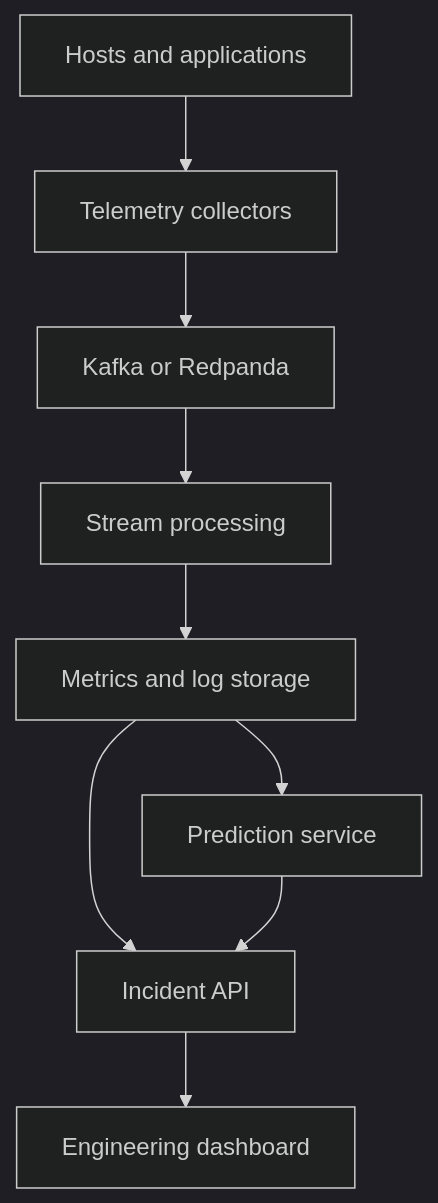
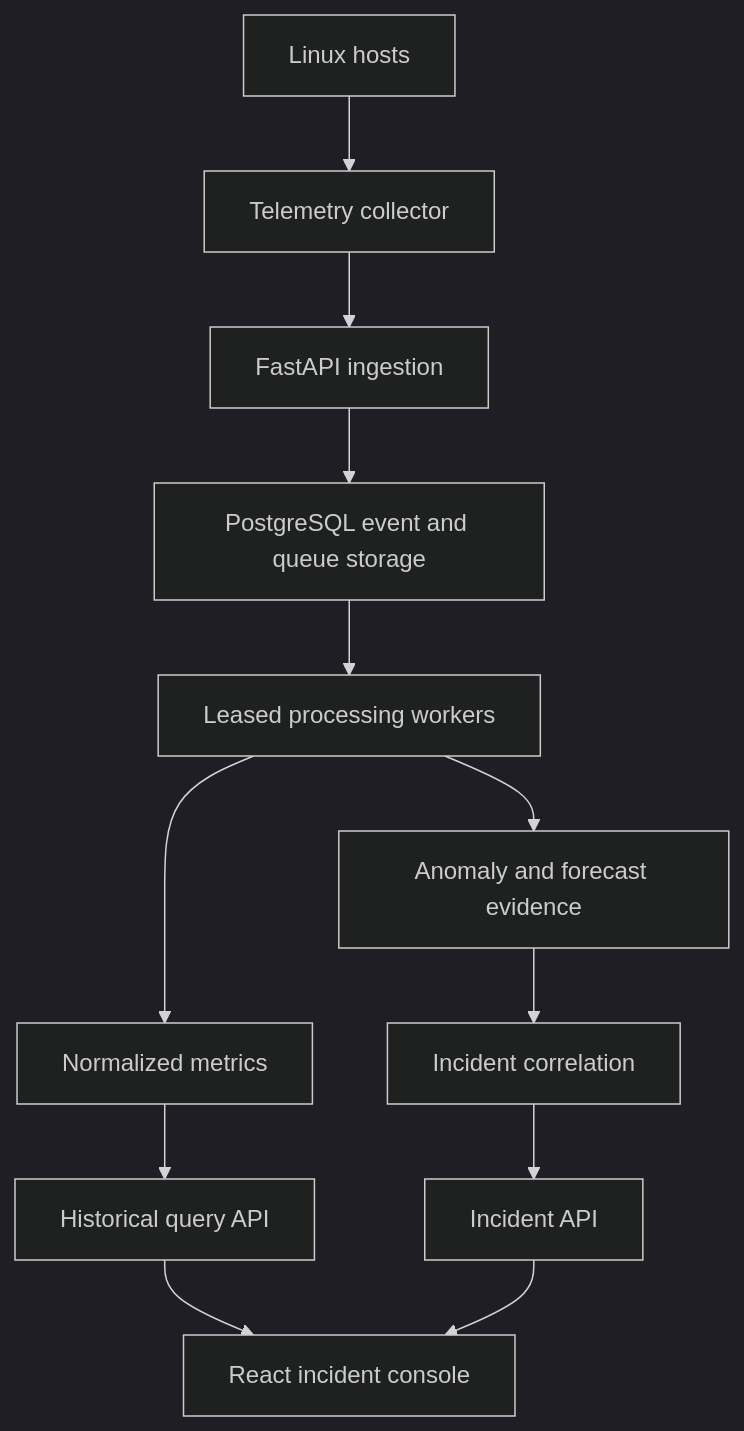
One commit to zecurb/Real-Time-System-Monitoring changed the diagram in README.md. Above: the diagram before and after it, drawn with Mermaid (dark theme). The commit also changed other lines of this file, not shown here.

````diff
--- a/README.md
+++ b/README.md
@@ -50,11 +34,14 @@
 ```mermaid
 flowchart TD
-    A["Hosts and applications"] --> B["Telemetry collectors"]
-    B --> C["Kafka or Redpanda"]
-    C --> D["Stream processing"]
-    D --> E["Metrics and log storage"]
-    E --> F["Prediction service"]
-    E --> G["Incident API"]
-    F --> G
-    G --> H["Engineering dashboard"]
+    A["Linux hosts"] --> B["Telemetry collector"]
+    B --> C["FastAPI ingestion"]
+    C --> D["PostgreSQL event and queue storage"]
+    D --> E["Leased processing workers"]
+    E --> F["Normalized metrics"]
+    E --> G["Anomaly and forecast evidence"]
+    F --> H["Historical query API"]
+    G --> I["Incident correlation"]
+    I --> J["Incident API"]
+    H --> K["React incident console"]
+    J --> K
 ```
````
